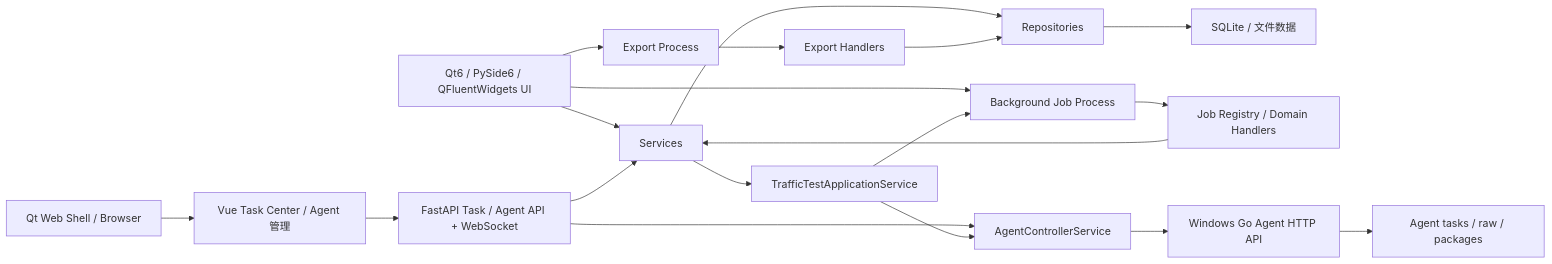
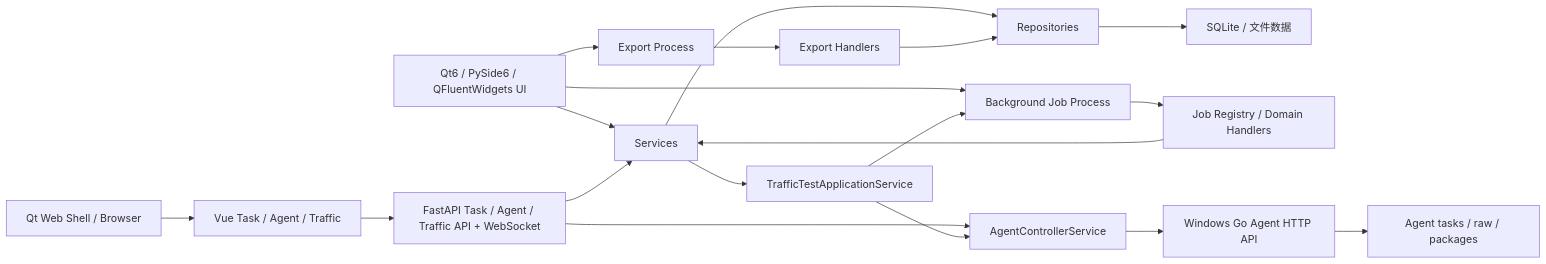
Before and after one commit to wxj183589/NetConsole: the diagram in README.md, drawn with Mermaid. The commit also changed other lines of this file and 25 other files, not shown here.

````diff
--- a/README.md
+++ b/README.md
@@ -55,21 +55,21 @@
 ```mermaid
 flowchart LR
     UI["Qt6 / PySide6 / QFluentWidgets UI"] --> SVC["Services"]
-    WS["Qt Web Shell / Browser"] --> VUE["Vue Task Center / Agent 管理"]
-    VUE --> API["FastAPI Task / Agent API + WebSocket"]
+    WS["Qt Web Shell / Browser"] --> VUE["Vue Task / Agent / Traffic"]
+    VUE --> API["FastAPI Task / Agent / Traffic API + WebSocket"]
     API --> SVC
     SVC --> REPO["Repositories"]
     REPO --> DB["SQLite / 文件数据"]
     UI --> JOB["Background Job Process"]
     UI --> EXP["Export Process"]
     JOB --> REG["Job Registry / Domain Handlers"]
     EXP --> WRITER["Export Handlers"]
     REG --> SVC
     WRITER --> REPO
     API --> CTRL["AgentControllerService"]
     CTRL --> AGENT["Windows Go Agent HTTP API"]
     AGENT --> AGENTDATA["Agent tasks / raw / packages"]
     SVC --> TRAFFIC["TrafficTestApplicationService"]
     TRAFFIC --> JOB
     TRAFFIC --> CTRL
 ```
````
